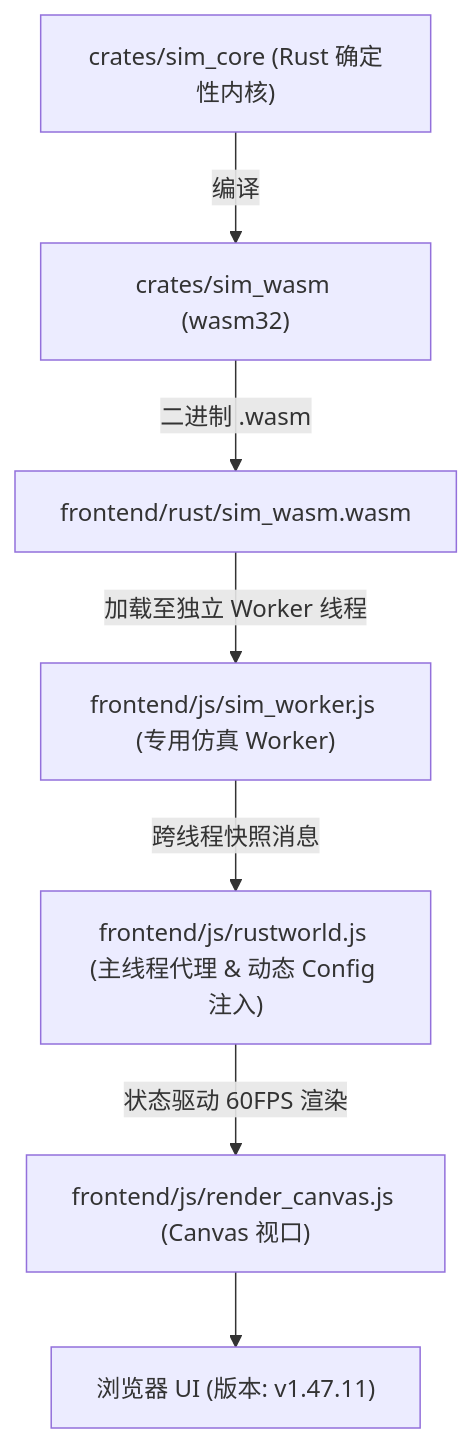
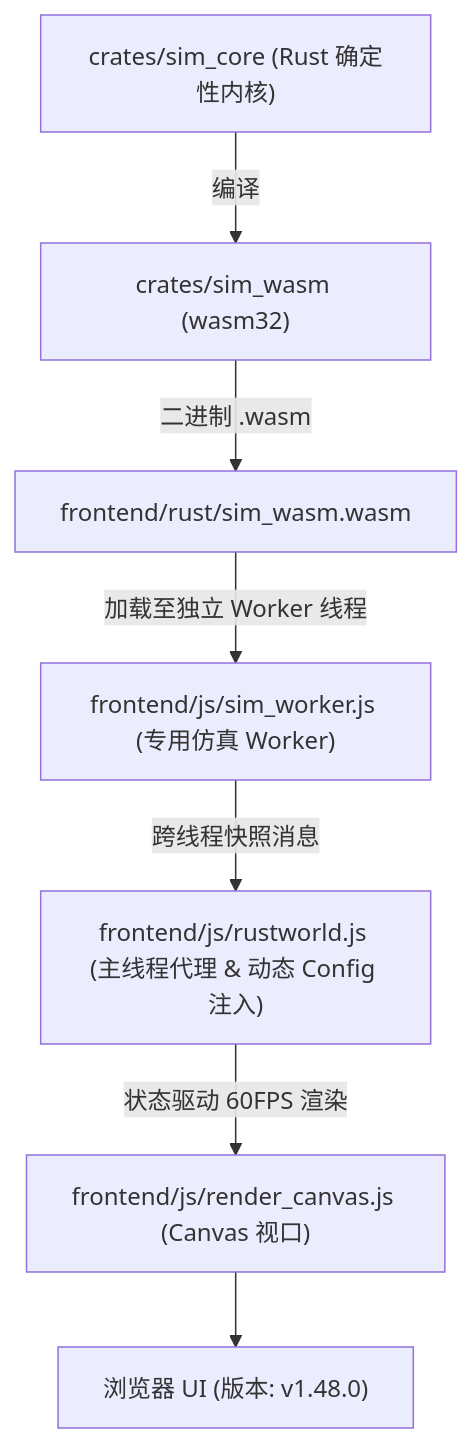
Before and after one commit to g39088902/FlowAndAccord: the diagram in AGENTS.md, drawn with Mermaid. The commit also changed other lines of this file and 29 other files, not shown here.

````diff
--- a/AGENTS.md
+++ b/AGENTS.md
@@ -61,9 +61,9 @@
 ```mermaid
 graph TD
     A["crates/sim_core (Rust 确定性内核)"] -->|编译| B["crates/sim_wasm (wasm32)"]
     B -->|二进制 .wasm| C["frontend/rust/sim_wasm.wasm"]
     C -->|加载至独立 Worker 线程| D["frontend/js/sim_worker.js (专用仿真 Worker)"]
     D -->|跨线程快照消息| E["frontend/js/rustworld.js (主线程代理 & 动态 Config 注入)"]
     E -->|状态驱动 60FPS 渲染| F["frontend/js/render_canvas.js (Canvas 视口)"]
-    F --> G["浏览器 UI (版本: v1.47.11)"]
+    F --> G["浏览器 UI (版本: v1.48.0)"]
 ```
````
